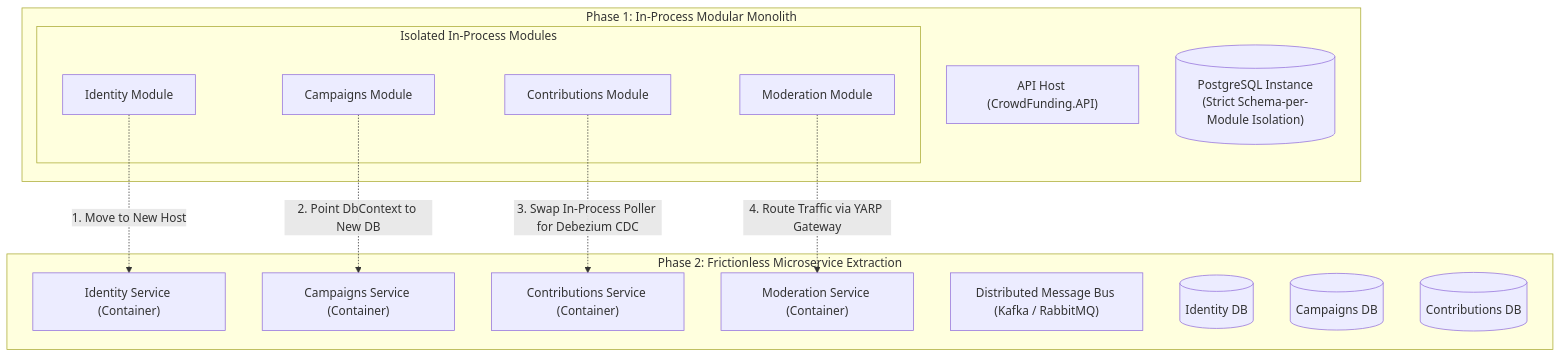
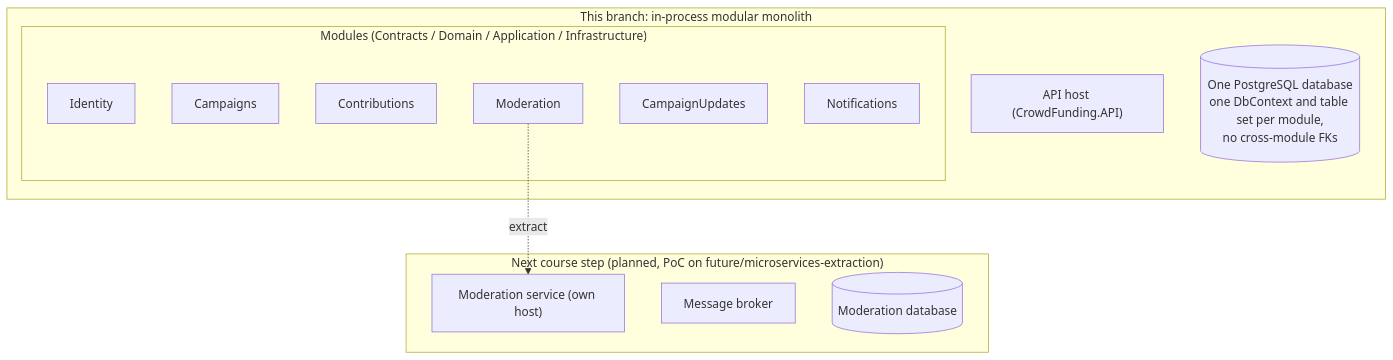
The diagram in educational/README.md (maysamgamini/crowdfundinghub), drawn with Mermaid before and after one commit. The commit also changed other lines of this file and 203 other files, not shown here.

````diff
--- a/educational/README.md
+++ b/educational/README.md
@@ -19,29 +30,23 @@
 ```mermaid
 graph TD
-    subgraph Phase1["Phase 1: In-Process Modular Monolith"]
-        MonolithHost["API Host (CrowdFunding.API)"]
-        subgraph ModLayer["Isolated In-Process Modules"]
-            IdM["Identity Module"]
-            CampM["Campaigns Module"]
-            ContM["Contributions Module"]
-            ModM["Moderation Module"]
+    subgraph Now["This branch: in-process modular monolith"]
+        Host["API host (CrowdFunding.API)"]
+        subgraph Mods["Modules (Contracts / Domain / Application / Infrastructure)"]
+            IdM["Identity"]
+            CampM["Campaigns"]
+            ContM["Contributions"]
+            ModM["Moderation"]
+            UpdM["CampaignUpdates"]
+            NotM["Notifications"]
         end
-        PGShared[("PostgreSQL Instance<br/>(Strict Schema-per-Module Isolation)")]
+        PG[("One PostgreSQL database<br/>one DbContext and table set per module,<br/>no cross-module FKs")]
     end
 
-    subgraph Phase2["Phase 2: Frictionless Microservice Extraction"]
-        IdSvc["Identity Service (Container)"]
-        CampSvc["Campaigns Service (Container)"]
-        ContSvc["Contributions Service (Container)"]
-        ModSvc["Moderation Service (Container)"]
-        Broker["Distributed Message Bus (Kafka / RabbitMQ)"]
-        PG1[("Identity DB")]
-        PG2[("Campaigns DB")]
-        PG3[("Contributions DB")]
+    subgraph Next["Next course step (planned, PoC on future/microservices-extraction)"]
+        ModSvc["Moderation service (own host)"]
+        Broker["Message broker"]
+        ModDb[("Moderation database")]
     end
 
-    IdM -. "1. Move to New Host" .-> IdSvc
-    CampM -. "2. Point DbContext to New DB" .-> CampSvc
-    ContM -. "3. Swap In-Process Poller for Debezium CDC" .-> ContSvc
-    ModM -. "4. Route Traffic via YARP Gateway" .-> ModSvc
+    ModM -. "extract" .-> ModSvc
 ```
````
